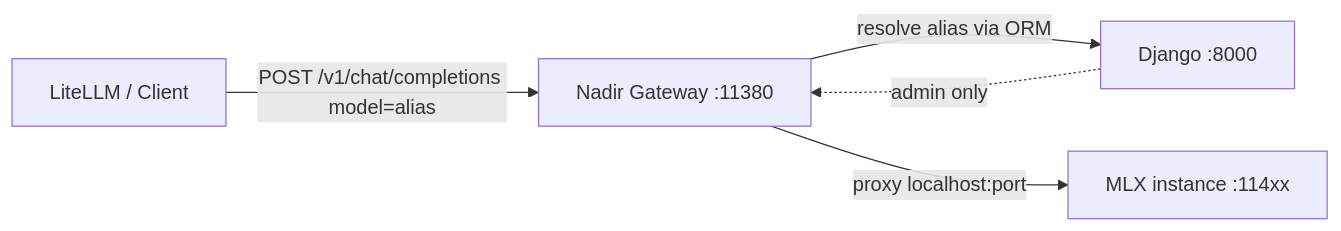
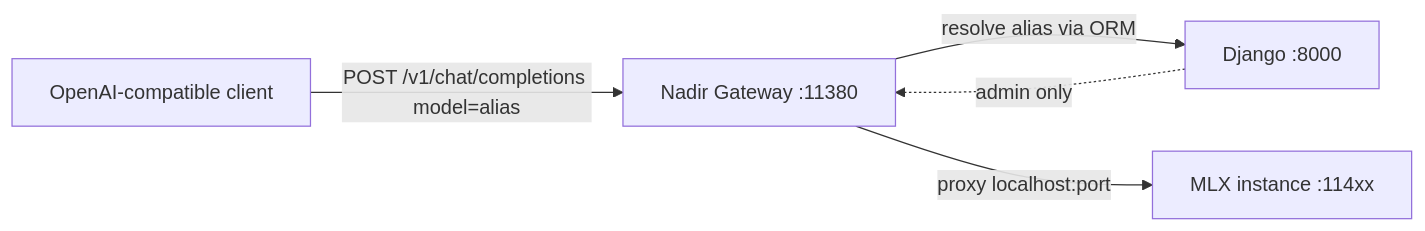
Before and after one commit to assiadialeb/nadir-mlx: the diagram in docs/adr/001-nadir-gateway.md, drawn with Mermaid. The commit also changed other lines of this file and 23 other files, not shown here.

````diff
--- a/docs/adr/001-nadir-gateway.md
+++ b/docs/adr/001-nadir-gateway.md
@@ -35,12 +35,12 @@
 ```mermaid
 flowchart LR
-    Client[LiteLLM / Client]
+    Client[OpenAI-compatible client]
     GW[Nadir Gateway :11380]
     Django[Django :8000]
     Inst[MLX instance :114xx]
 
     Client -->|"POST /v1/chat/completions model=alias"| GW
     GW -->|"resolve alias via ORM"| Django
     GW -->|"proxy localhost:port"| Inst
     Django -.->|"admin only"| GW
 ```
````
